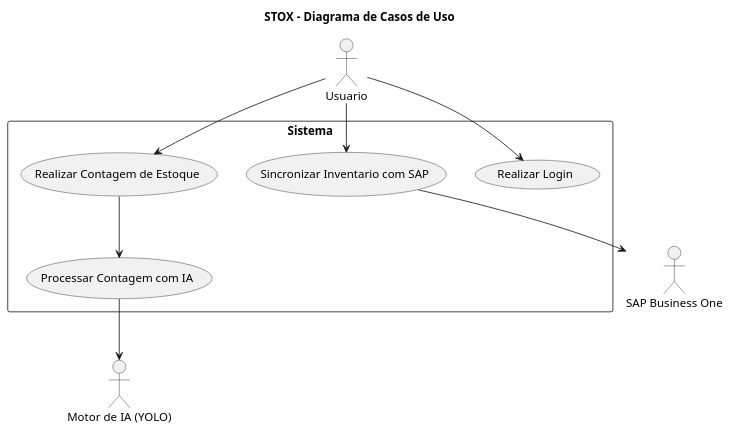
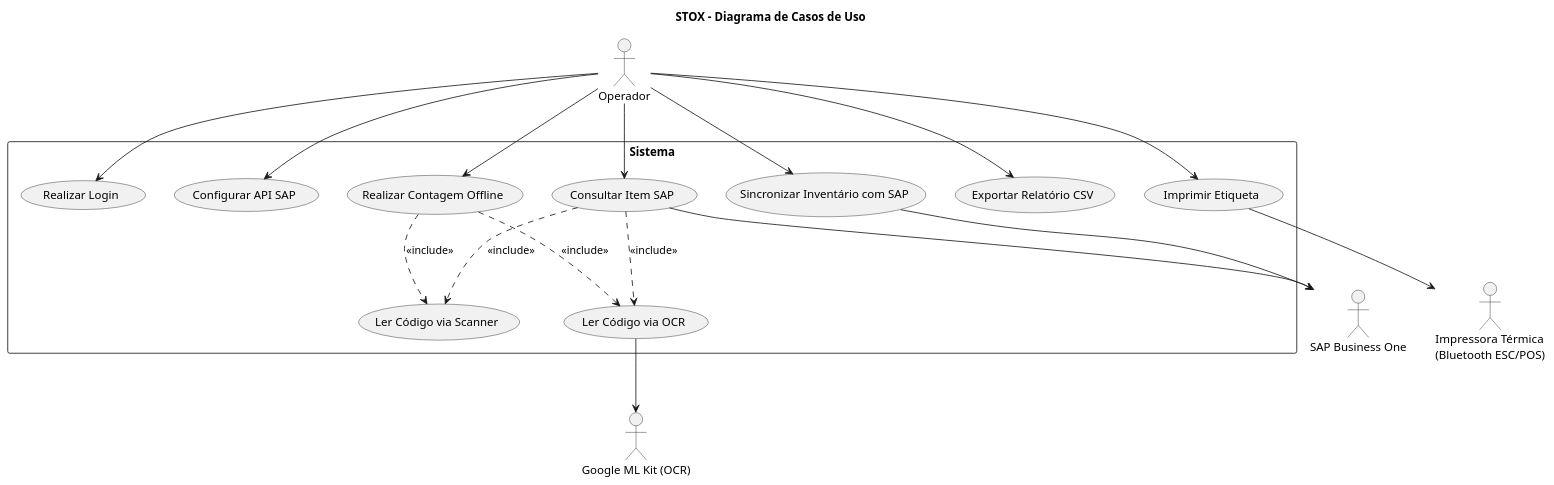
The first of 2 diagrams in docs/uso-de-caso.puml (marciofeob/P.Integrado---Desenvolvimento-Mobile), drawn with PlantUML before and after one commit. The commit also changed other lines of this file and 17 other files, not shown here.

```diff
--- a/docs/uso-de-caso.puml
+++ b/docs/uso-de-caso.puml
@@ -1,24 +1,31 @@
 @startuml Casos
 title STOX - Diagrama de Casos de Uso
 
-actor Usuario
+actor "Operador" as Usuario
 actor "SAP Business One" as SAP
-actor "Motor de IA (YOLO)" as IA
+actor "Google ML Kit (OCR)" as IA
+actor "Impressora Térmica\n(Bluetooth ESC/POS)" as Printer
 
 rectangle Sistema {
 
-Usuario --> (Realizar Login)
+  Usuario --> (Realizar Login)
+  Usuario --> (Configurar API SAP)
+  Usuario --> (Realizar Contagem Offline)
+  Usuario --> (Sincronizar Inventário com SAP)
+  Usuario --> (Consultar Item SAP)
+  Usuario --> (Exportar Relatório CSV)
+  Usuario --> (Imprimir Etiqueta)
 
-Usuario --> (Realizar Contagem de Estoque)
+  (Realizar Contagem Offline) ..> (Ler Código via Scanner) : <<include>>
+  (Realizar Contagem Offline) ..> (Ler Código via OCR) : <<include>>
+  (Consultar Item SAP) ..> (Ler Código via Scanner) : <<include>>
+  (Consultar Item SAP) ..> (Ler Código via OCR) : <<include>>
 
-Usuario --> (Sincronizar Inventario com SAP)
-
-(Realizar Contagem de Estoque) --> (Processar Contagem com IA)
-
-(Processar Contagem com IA) --> IA
-
-(Sincronizar Inventario com SAP) --> SAP
+  (Ler Código via OCR) --> IA
+  (Sincronizar Inventário com SAP) --> SAP
+  (Consultar Item SAP) --> SAP
+  (Imprimir Etiqueta) --> Printer
 
 }
 
 @enduml
```
